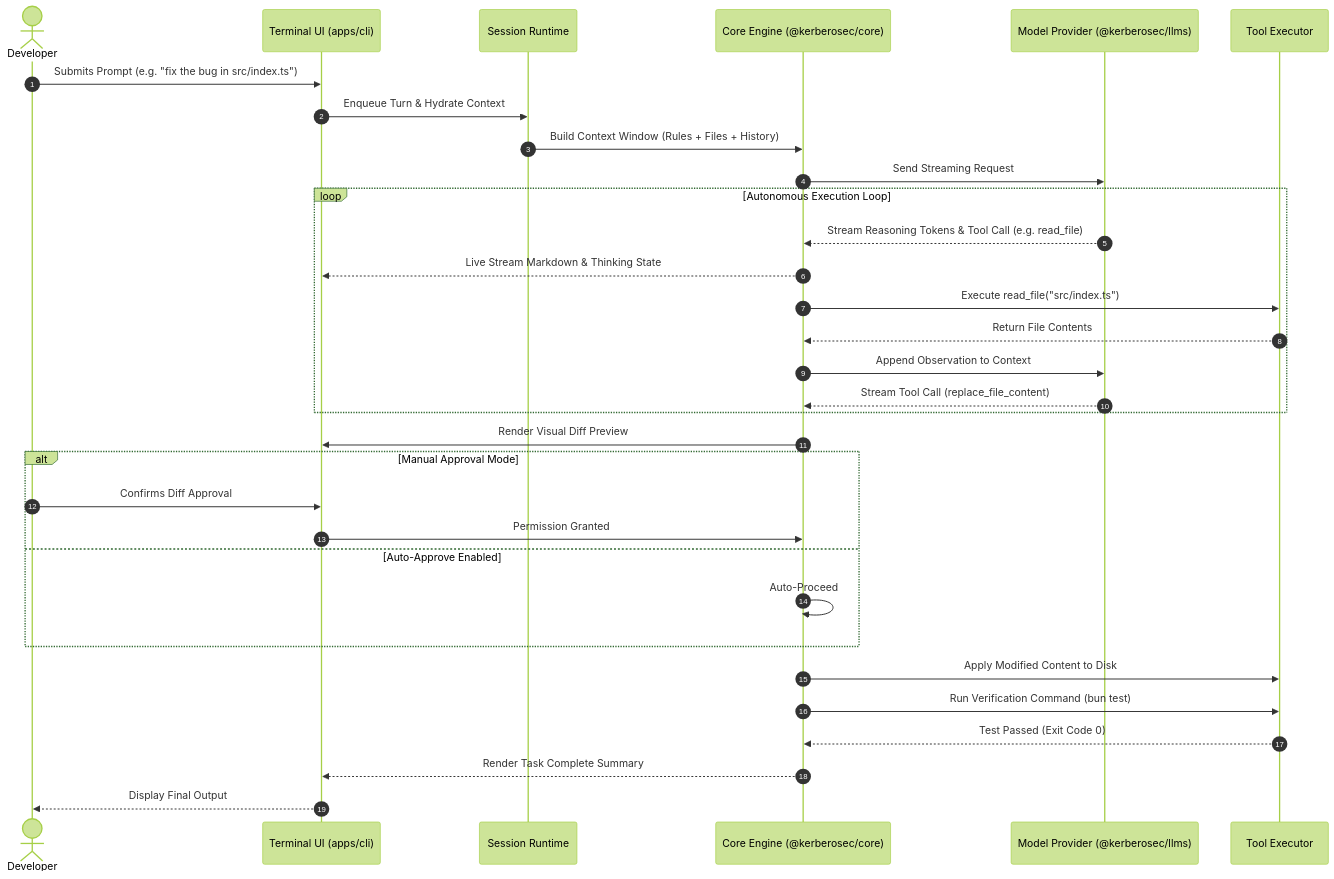
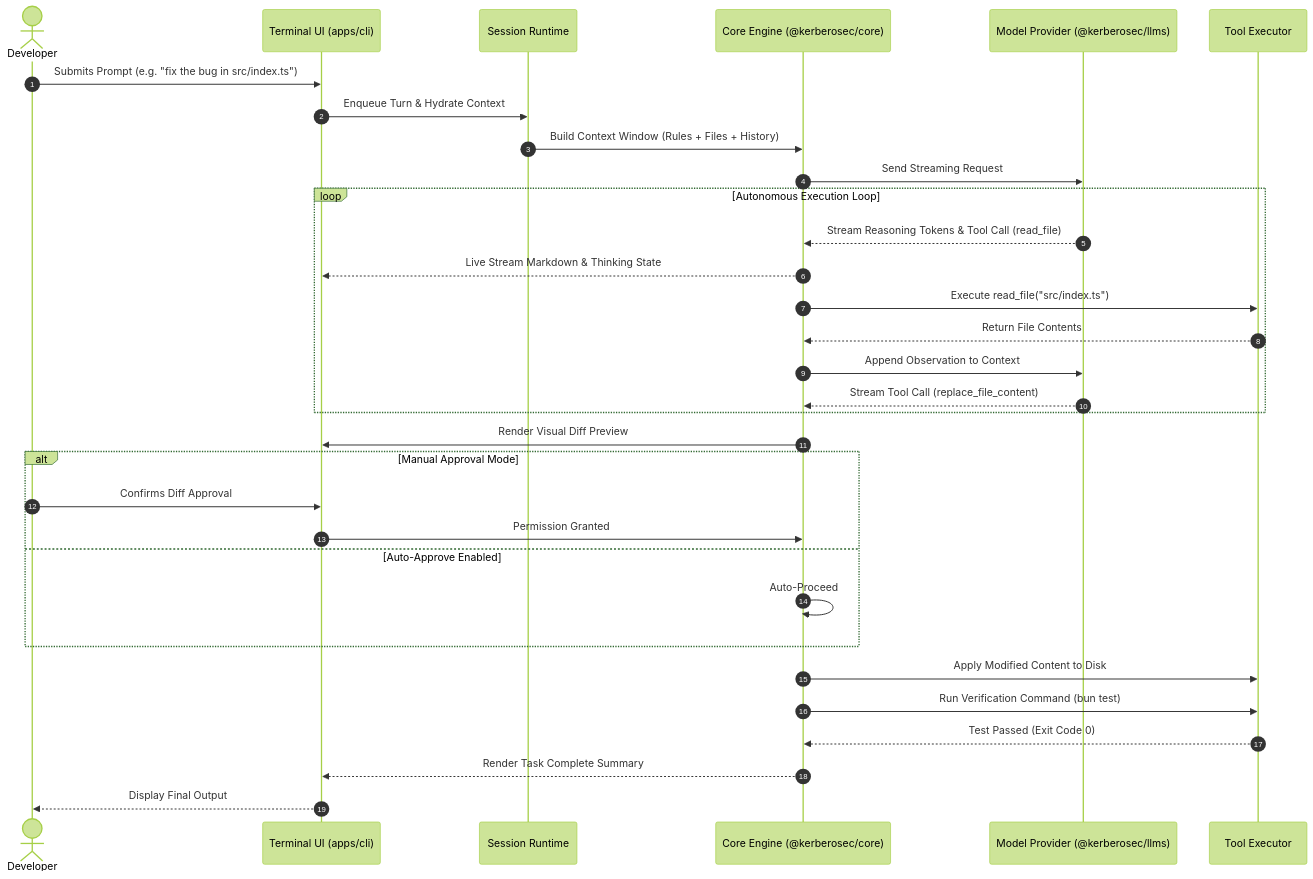
Before and after one commit to KerberoSec/KerberoSec-CLI: the eighth of 8 diagrams in README.md, drawn with Mermaid (forest theme). The commit also changed other lines of this file, not shown here.

Commit message:
expand readme with detailed architecture diagrams and subsystem flows

````diff
--- a/README.md
+++ b/README.md
@@ -221,38 +293,38 @@
 ```mermaid
 sequenceDiagram
     autonumber
     actor User as Developer
     participant TUI as Terminal UI (apps/cli)
     participant Runtime as Session Runtime
     participant Core as Core Engine (@kerberosec/core)
     participant LLM as Model Provider (@kerberosec/llms)
     participant Tools as Tool Executor
 
     User->>TUI: Submits Prompt (e.g. "fix the bug in src/index.ts")
     TUI->>Runtime: Enqueue Turn & Hydrate Context
     Runtime->>Core: Build Context Window (Rules + Files + History)
     Core->>LLM: Send Streaming Request
     
     loop Autonomous Execution Loop
-        LLM-->>Core: Stream Reasoning Tokens & Tool Call (e.g. read_file)
+        LLM-->>Core: Stream Reasoning Tokens & Tool Call (read_file)
         Core-->>TUI: Live Stream Markdown & Thinking State
         Core->>Tools: Execute read_file("src/index.ts")
         Tools-->>Core: Return File Contents
         Core->>LLM: Append Observation to Context
         LLM-->>Core: Stream Tool Call (replace_file_content)
     end
 
     Core->>TUI: Render Visual Diff Preview
     alt Manual Approval Mode
         User->>TUI: Confirms Diff Approval
         TUI->>Core: Permission Granted
     else Auto-Approve Enabled
         Core->>Core: Auto-Proceed
     end
 
     Core->>Tools: Apply Modified Content to Disk
     Core->>Tools: Run Verification Command (bun test)
     Tools-->>Core: Test Passed (Exit Code 0)
     Core-->>TUI: Render Task Complete Summary
     TUI-->>User: Display Final Output
 ```
````
